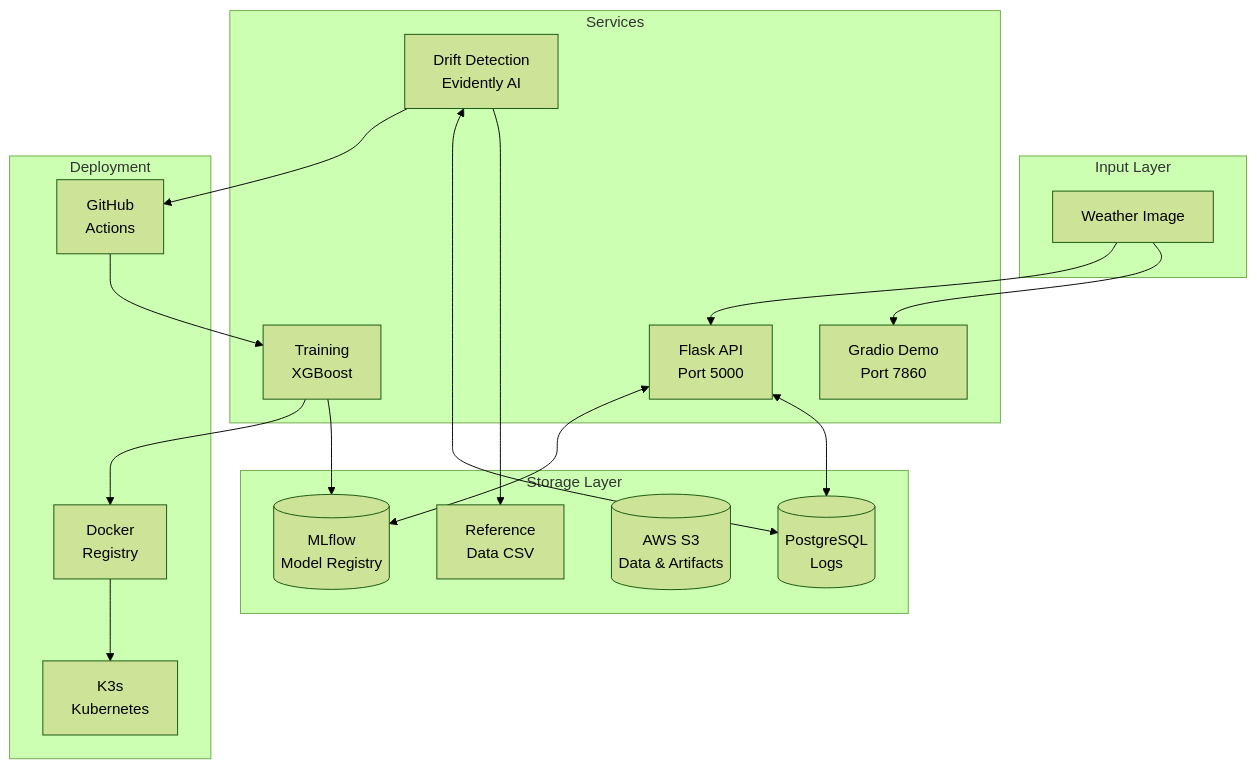
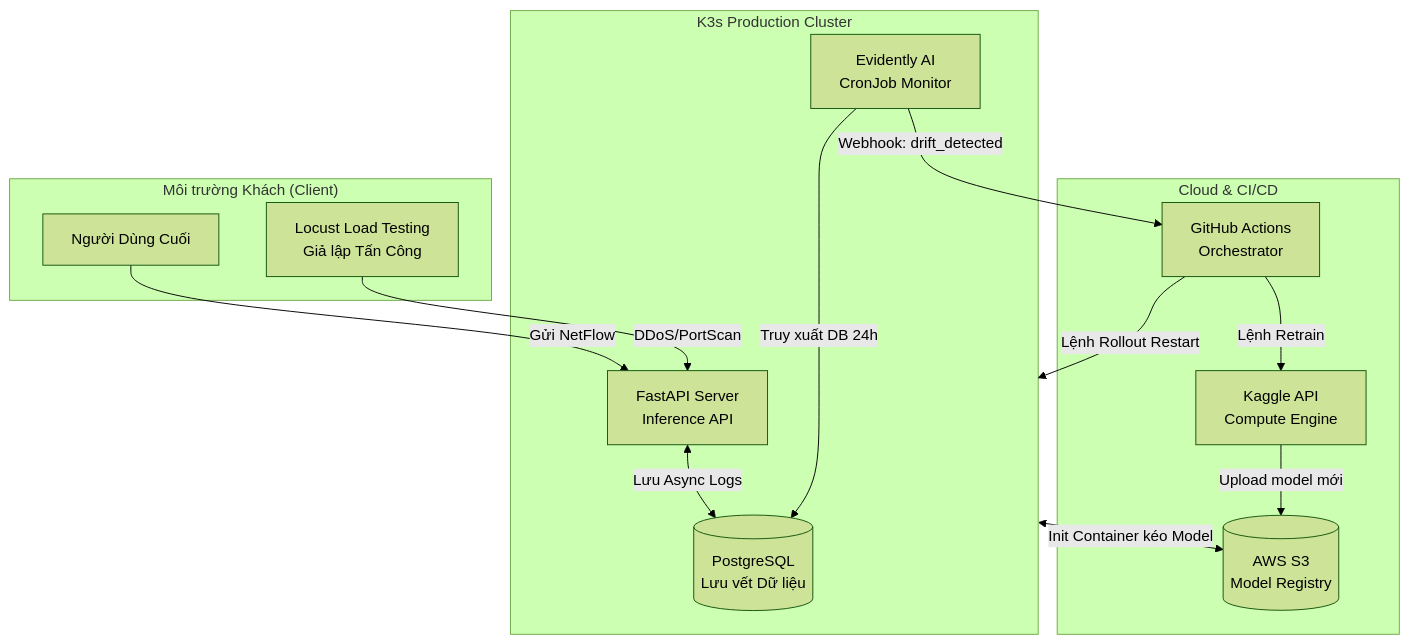
Before and after one commit to Viet-Hoang-2005/AdaptML: the first of 6 diagrams in ARCHITECTURE.md, drawn with Mermaid (forest theme). The commit also changed other lines of this file and 10 other files, not shown here.

Commit message:
docs/update README, ARCHITECTURE, CHANGELOG and CONTRIBUTING

````diff
--- a/ARCHITECTURE.md
+++ b/ARCHITECTURE.md
@@ -9,38 +9,29 @@
 ```mermaid
 flowchart TB
-    subgraph INPUT["Input Layer"]
-        IMG[Weather Image]
+    subgraph INPUT["Môi trường Khách (Client)"]
+        USER[Người Dùng Cuối]
+        LOCUST[Locust Load Testing<br/>Giả lập Tấn Công]
     end
 
-    subgraph SERVICES["Services"]
-        GRADIO[Gradio Demo<br/>Port 7860]
-        API[Flask API<br/>Port 5000]
-        DRIFT[Drift Detection<br/>Evidently AI]
-        TRAIN[Training<br/>XGBoost]
+    subgraph PROD["K3s Production Cluster"]
+        API[FastAPI Server<br/>Inference API]
+        PG[(PostgreSQL<br/>Lưu vết Dữ liệu)]
+        EVIDENTLY[Evidently AI<br/>CronJob Monitor]
     end
 
-    subgraph STORAGE["Storage Layer"]
-        PG[(PostgreSQL<br/>Logs)]
-        MLF[(MLflow<br/>Model Registry)]
-        S3[(AWS S3<br/>Data & Artifacts)]
-        REF[Reference<br/>Data CSV]
+    subgraph CLOUD["Cloud & CI/CD"]
+        GH[GitHub Actions<br/>Orchestrator]
+        KAGGLE[Kaggle API<br/>Compute Engine]
+        S3[(AWS S3<br/>Model Registry)]
     end
 
-    subgraph DEPLOY["Deployment"]
-        K8S[K3s<br/>Kubernetes]
-        REGISTRY[Docker<br/>Registry]
-        GH[GitHub<br/>Actions]
-    end
-
-    IMG --> GRADIO
-    IMG --> API
-    API <--> PG
-    API <--> MLF
-    DRIFT --> REF
-    DRIFT <--> PG
-    DRIFT --> GH
-    GH --> TRAIN
-    TRAIN --> MLF
-    TRAIN --> REGISTRY
-    REGISTRY --> K8S
+    USER -->|Gửi NetFlow| API
+    LOCUST -->|DDoS/PortScan| API
+    API <-->|Lưu Async Logs| PG
+    EVIDENTLY -->|Truy xuất DB 24h| PG
+    EVIDENTLY -->|Webhook: drift_detected| GH
+    GH -->|Lệnh Retrain| KAGGLE
+    KAGGLE -->|Upload model mới| S3
+    GH -->|Lệnh Rollout Restart| PROD
+    PROD <-->|Init Container kéo Model| S3
 ```
````
